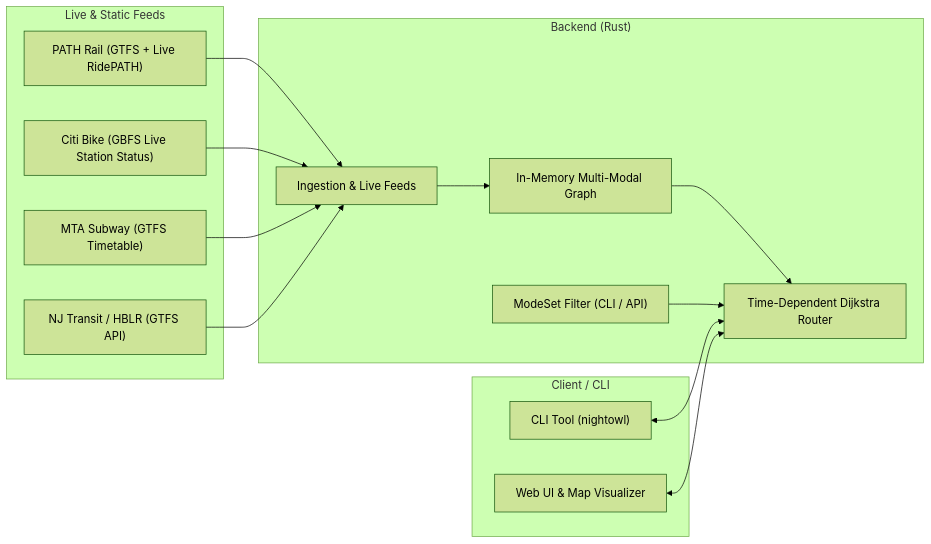
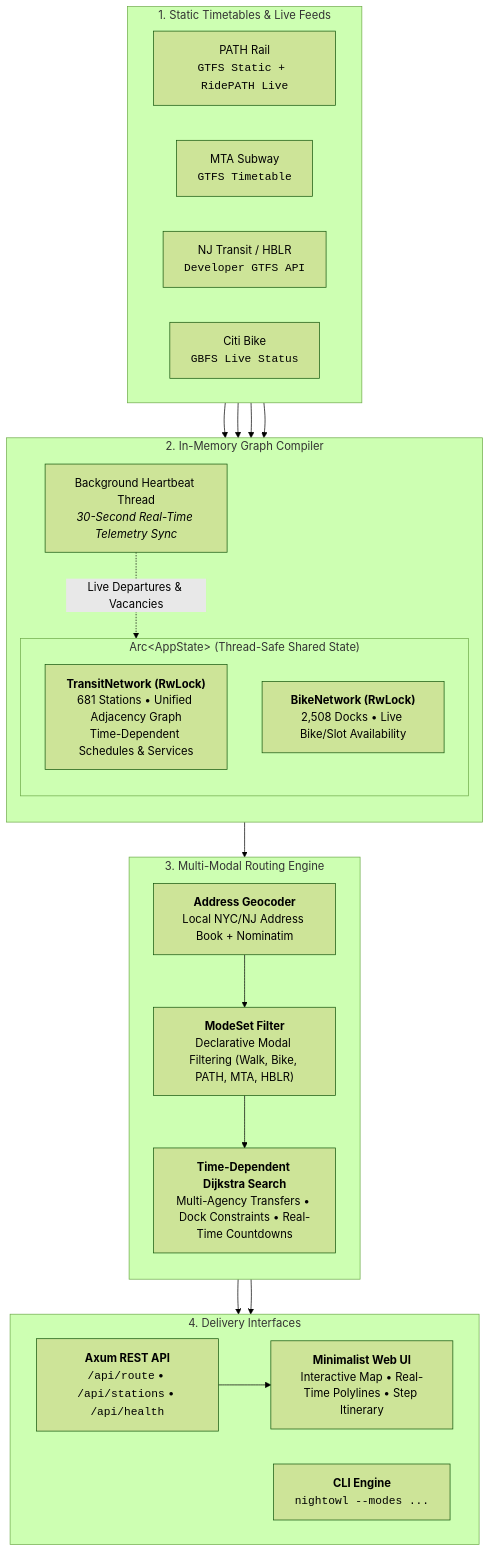
One commit to shivabalanb/nightowl changed the diagram in README.md. Above: the diagram before and after it, drawn with Mermaid (forest theme). The commit also changed other lines of this file, not shown here.

Commit message:
docs: revamp system architecture diagram with 4-tier pipeline flow

````diff
--- a/README.md
+++ b/README.md
@@ -9,29 +9,50 @@
 ```mermaid
-graph LR
-    subgraph External ["Live & Static Feeds"]
-        PATH["PATH Rail (GTFS + Live RidePATH)"]
-        CB["Citi Bike (GBFS Live Station Status)"]
-        MTA["MTA Subway (GTFS Timetable)"]
-        HBLR["NJ Transit / HBLR (GTFS API)"]
+flowchart TB
+    %% Data Sources
+    subgraph FEEDS["1. Static Timetables & Live Feeds"]
+        direction LR
+        P_FEED["PATH Rail<br/><code>GTFS Static + RidePATH Live</code>"]
+        M_FEED["MTA Subway<br/><code>GTFS Timetable</code>"]
+        H_FEED["NJ Transit / HBLR<br/><code>Developer GTFS API</code>"]
+        C_FEED["Citi Bike<br/><code>GBFS Live Status</code>"]
     end
 
-    subgraph Backend ["Backend (Rust)"]
-        ING["Ingestion & Live Feeds"]
-        GRAPH["In-Memory Multi-Modal Graph"]
-        FILTER["ModeSet Filter (CLI / API)"]
-        ROUTE["Time-Dependent Dijkstra Router"]
-        
-        ING --> GRAPH
-        GRAPH --> ROUTE
-        FILTER --> ROUTE
+    %% Ingestion & Memory Layer
+    subgraph INGESTION["2. In-Memory Graph Compiler"]
+        direction TB
+        subgraph STATE["Arc&lt;AppState&gt; (Thread-Safe Shared State)"]
+            T_NET["<b>TransitNetwork (RwLock)</b><br/>681 Stations • Unified Adjacency Graph<br/>Time-Dependent Schedules &amp; Services"]
+            B_NET["<b>BikeNetwork (RwLock)</b><br/>2,508 Docks • Live Bike/Slot Availability"]
+        end
+        SYNC["Background Heartbeat Thread<br/><i>30-Second Real-Time Telemetry Sync</i>"]
     end
 
-    subgraph Client ["Client / CLI"]
-        CLI["CLI Tool (nightowl)"]
-        UI["Web UI & Map Visualizer"]
+    %% Routing Core
+    subgraph ENGINE["3. Multi-Modal Routing Engine"]
+        direction TB
+        GEO["<b>Address Geocoder</b><br/>Local NYC/NJ Address Book + Nominatim"]
+        FILTER["<b>ModeSet Filter</b><br/>Declarative Modal Filtering (Walk, Bike, PATH, MTA, HBLR)"]
+        ROUTER["<b>Time-Dependent Dijkstra Search</b><br/>Multi-Agency Transfers • Dock Constraints • Real-Time Countdowns"]
     end
 
-    PATH & CB & MTA & HBLR --> ING
-    CLI <--> ROUTE
-    UI <--> ROUTE
+    %% Delivery & Interface Layer
+    subgraph DELIVERY["4. Delivery Interfaces"]
+        direction LR
+        REST["<b>Axum REST API</b><br/><code>/api/route</code> • <code>/api/stations</code> • <code>/api/health</code>"]
+        CLI["<b>CLI Engine</b><br/><code>nightowl --modes ...</code>"]
+        UI["<b>Minimalist Web UI</b><br/>Interactive Map • Real-Time Polylines • Step Itinerary"]
+    end
+
+    %% Flow Connections
+    P_FEED & M_FEED & H_FEED --> T_NET
+    C_FEED --> B_NET
+    SYNC -.->|Live Departures &amp; Vacancies| STATE
+
+    GEO --> FILTER
+    FILTER --> ROUTER
+    STATE --> ROUTER
+
+    ROUTER --> REST
+    ROUTER --> CLI
+    REST --> UI
 ```
````
